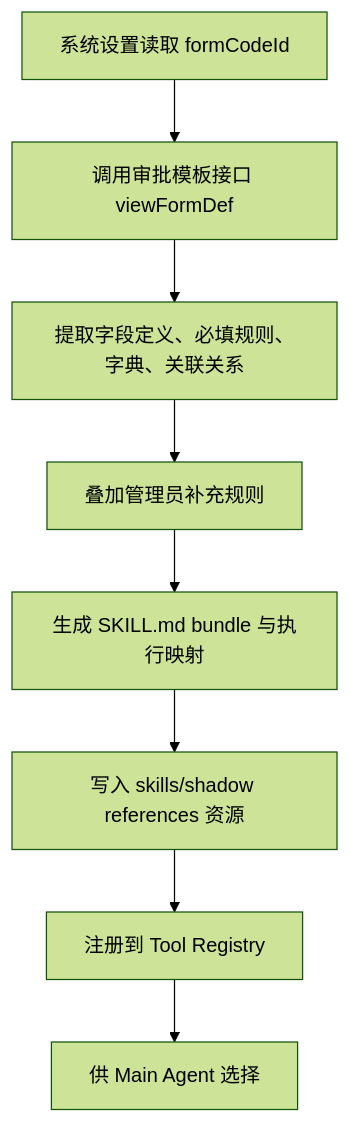
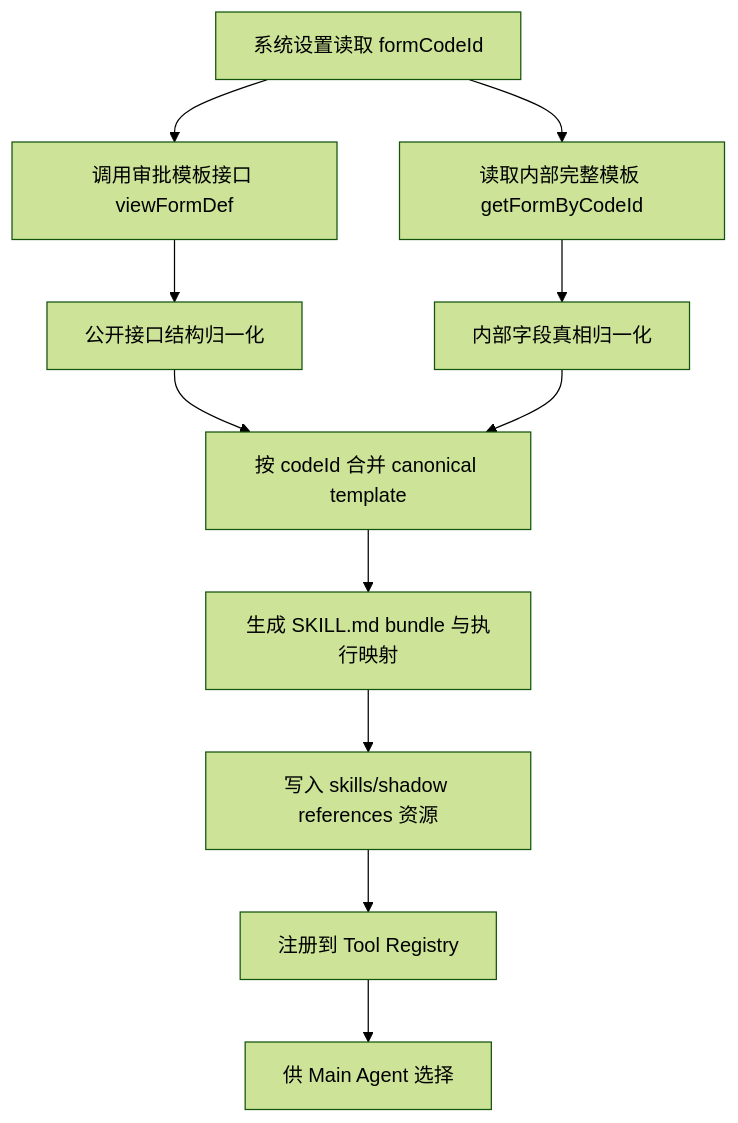
Before and after one commit to weeks1743/yzj-ai-crm: the diagram in docs/03-记录系统动态技能中心.md, drawn with Mermaid (forest theme). The commit also changed other lines of this file and 120 other files, not shown here.

````diff
--- a/docs/03-记录系统动态技能中心.md
+++ b/docs/03-记录系统动态技能中心.md
@@ -147,10 +149,13 @@
 ```mermaid
 flowchart TD
     A["系统设置读取 formCodeId"] --> B["调用审批模板接口 viewFormDef"]
-    B --> C["提取字段定义、必填规则、字典、关联关系"]
-    C --> D["叠加管理员补充规则"]
-    D --> E["生成 SKILL.md bundle 与执行映射"]
-    E --> F["写入 skills/shadow references 资源"]
-    F --> G["注册到 Tool Registry"]
-    G --> H["供 Main Agent 选择"]
+    A --> C["读取内部完整模板 getFormByCodeId"]
+    B --> D["公开接口结构归一化"]
+    C --> E["内部字段真相归一化"]
+    D --> F["按 codeId 合并 canonical template"]
+    E --> F
+    F --> G["生成 SKILL.md bundle 与执行映射"]
+    G --> H["写入 skills/shadow references 资源"]
+    H --> I["注册到 Tool Registry"]
+    I --> J["供 Main Agent 选择"]
 ```
````
